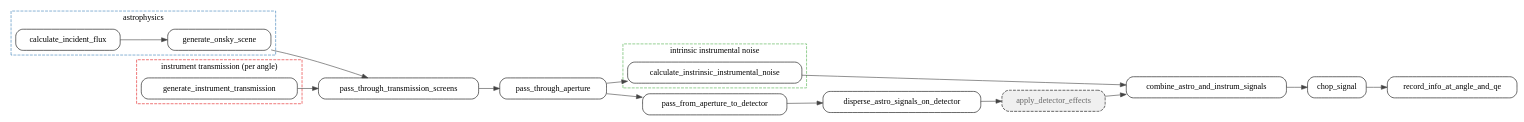
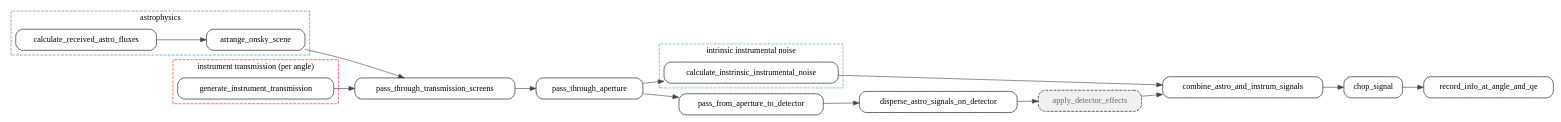
The diagram in docs/uml/pipeline_flow.dot (mwanakijiji/life_detectors), drawn with Graphviz before and after one commit. The commit also changed 7 other files, not shown here.

```diff
--- a/docs/uml/pipeline_flow.dot
+++ b/docs/uml/pipeline_flow.dot
@@ -1,53 +1,53 @@
 digraph pipeline {
   rankdir=LR;
   node [shape=box, style="rounded,filled", fillcolor="white"];
   edge [color="#444444"];
 
   subgraph cluster_astrophysics {
     label="astrophysics";
     style="dashed";
     color="#377eb8";
-    calculate_incident_flux;
-    generate_onsky_scene;
+    calculate_received_astro_fluxes;
+    arrange_onsky_scene;
   }
 
   subgraph cluster_intrinsic_instrumental_noise {
     label="intrinsic instrumental noise";
     style="dashed";
     color="#4daf4a";
     calculate_instrinsic_instrumental_noise;
   }
 
   subgraph cluster_instrument_transmission_per_angle {
     label="instrument transmission (per angle)";
     style="dashed";
     color="#e41a1c";
     generate_instrument_transmission;
   }
 
-  calculate_incident_flux [label="calculate_incident_flux"];
-  generate_onsky_scene [label="generate_onsky_scene"];
+  calculate_received_astro_fluxes [label="calculate_received_astro_fluxes"];
+  arrange_onsky_scene [label="arrange_onsky_scene"];
   calculate_instrinsic_instrumental_noise [label="calculate_instrinsic_instrumental_noise"];
   combine_astro_and_instrum_signals [label="combine_astro_and_instrum_signals"];
   chop_signal [label="chop_signal"];
   disperse_astro_signals_on_detector [label="disperse_astro_signals_on_detector"];
   pass_through_aperture [label="pass_through_aperture"];
   pass_from_aperture_to_detector [label="pass_from_aperture_to_detector"];
   generate_instrument_transmission [label="generate_instrument_transmission"];
   pass_through_transmission_screens [label="pass_through_transmission_screens"];
   record_info_at_angle_and_qe [label="record_info_at_angle_and_qe"];
   apply_detector_effects [label="apply_detector_effects", style="rounded,dashed,filled", fillcolor="#f0f0f0", fontcolor="#666666"];
 
-  calculate_incident_flux -> generate_onsky_scene;
+  calculate_received_astro_fluxes -> arrange_onsky_scene;
   pass_through_aperture -> calculate_instrinsic_instrumental_noise;
   apply_detector_effects -> combine_astro_and_instrum_signals;
   calculate_instrinsic_instrumental_noise -> combine_astro_and_instrum_signals;
   combine_astro_and_instrum_signals -> chop_signal;
   pass_from_aperture_to_detector -> disperse_astro_signals_on_detector;
   pass_through_transmission_screens -> pass_through_aperture;
   pass_through_aperture -> pass_from_aperture_to_detector;
-  generate_onsky_scene -> pass_through_transmission_screens;
+  arrange_onsky_scene -> pass_through_transmission_screens;
   generate_instrument_transmission -> pass_through_transmission_screens;
   chop_signal -> record_info_at_angle_and_qe;
   disperse_astro_signals_on_detector -> apply_detector_effects;
 }
```
